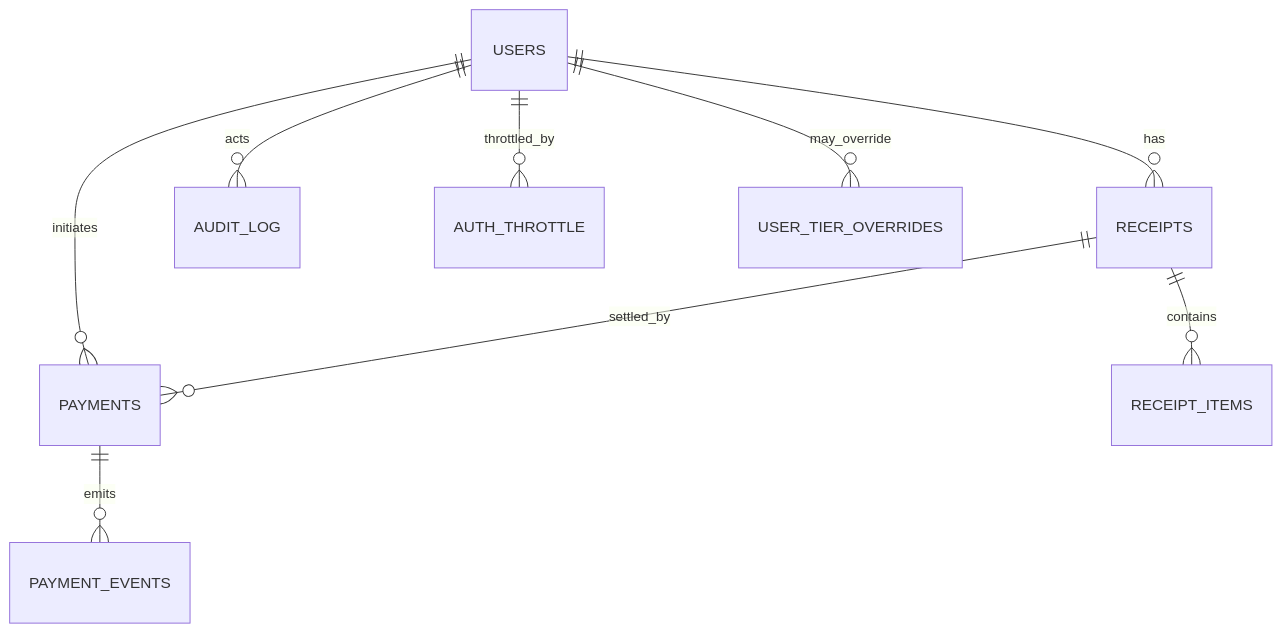
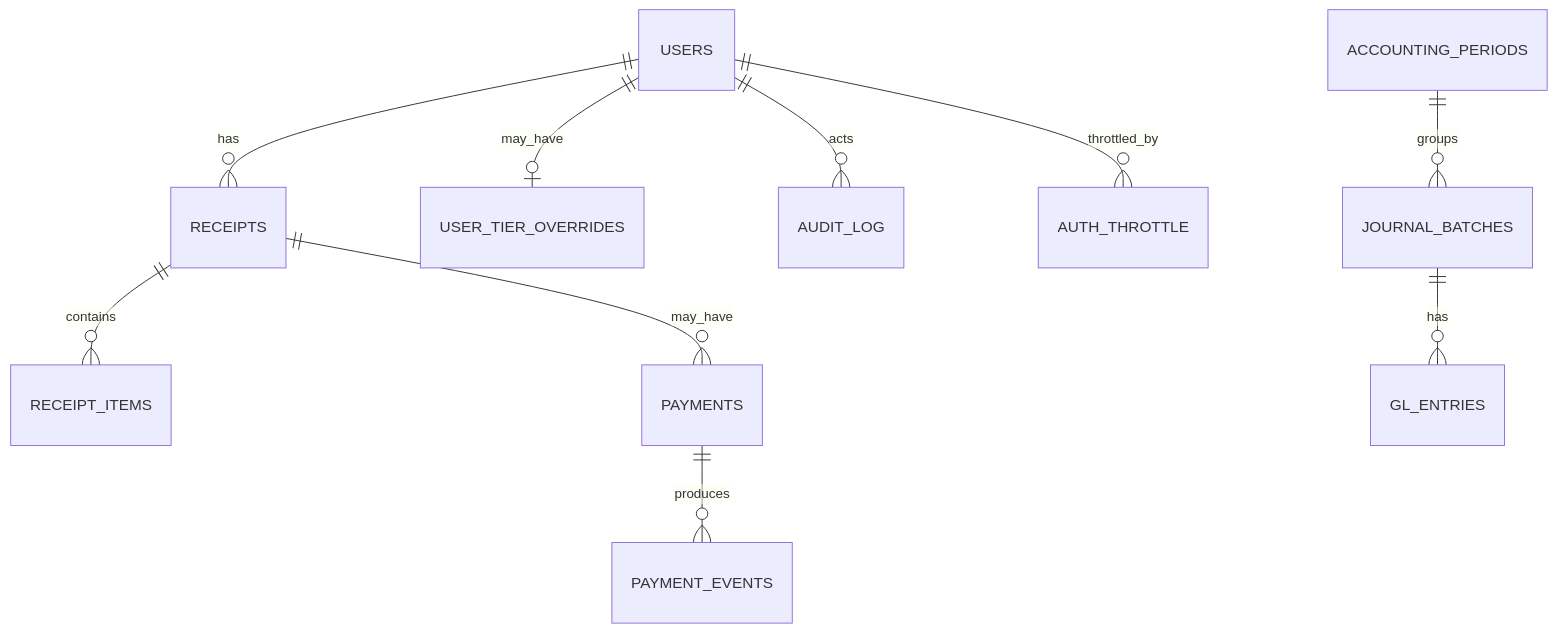
Before and after one commit to Purinat33/hpc_flask: the diagram in docs/16-glossary.md, drawn with Mermaid. The commit also changed other lines of this file, not shown here.

````diff
--- a/docs/16-glossary.md
+++ b/docs/16-glossary.md
@@ -240,11 +221,13 @@
 ```mermaid
 erDiagram
   USERS ||--o{ RECEIPTS : has
-  USERS ||--o{ PAYMENTS : initiates
   RECEIPTS ||--o{ RECEIPT_ITEMS : contains
-  RECEIPTS ||--o{ PAYMENTS : settled_by
-  PAYMENTS ||--o{ PAYMENT_EVENTS : emits
+  USERS ||--o| USER_TIER_OVERRIDES : may_have
+  ACCOUNTING_PERIODS ||--o{ JOURNAL_BATCHES : groups
+  JOURNAL_BATCHES ||--o{ GL_ENTRIES : has
   USERS ||--o{ AUDIT_LOG : acts
   USERS ||--o{ AUTH_THROTTLE : throttled_by
-  USERS ||--o{ USER_TIER_OVERRIDES : may_override
+  %% Optional payment tables (disabled by default)
+  RECEIPTS ||--o{ PAYMENTS : may_have
+  PAYMENTS ||--o{ PAYMENT_EVENTS : produces
 ```
````
